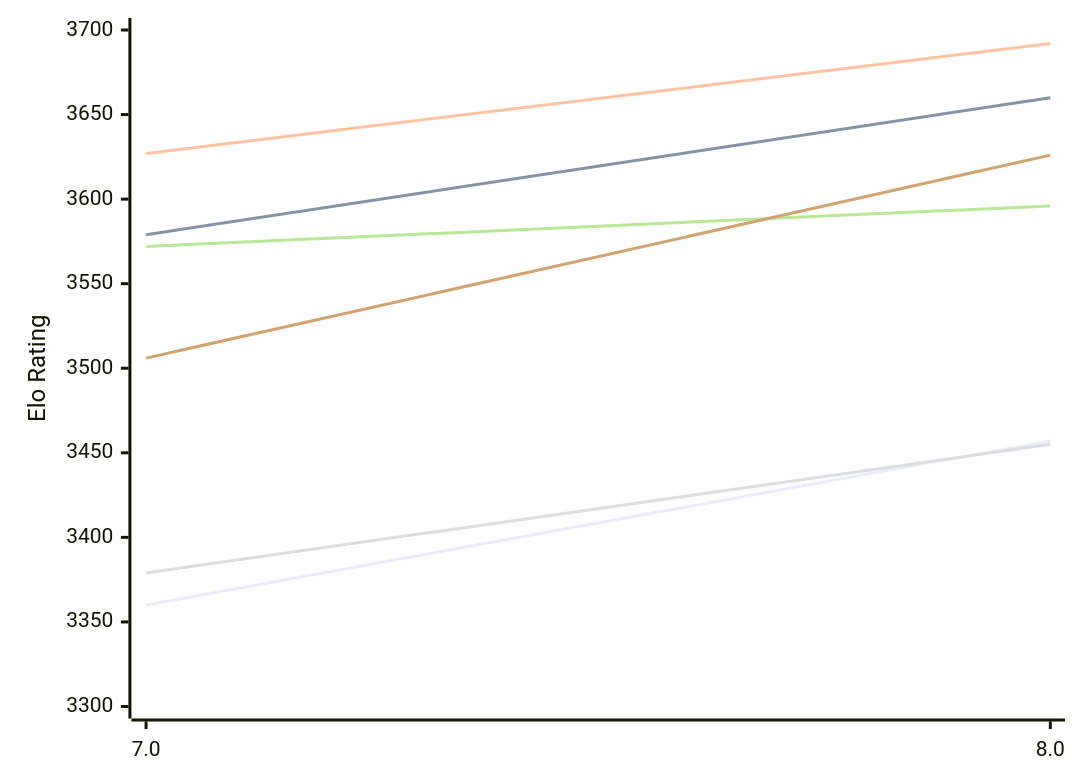
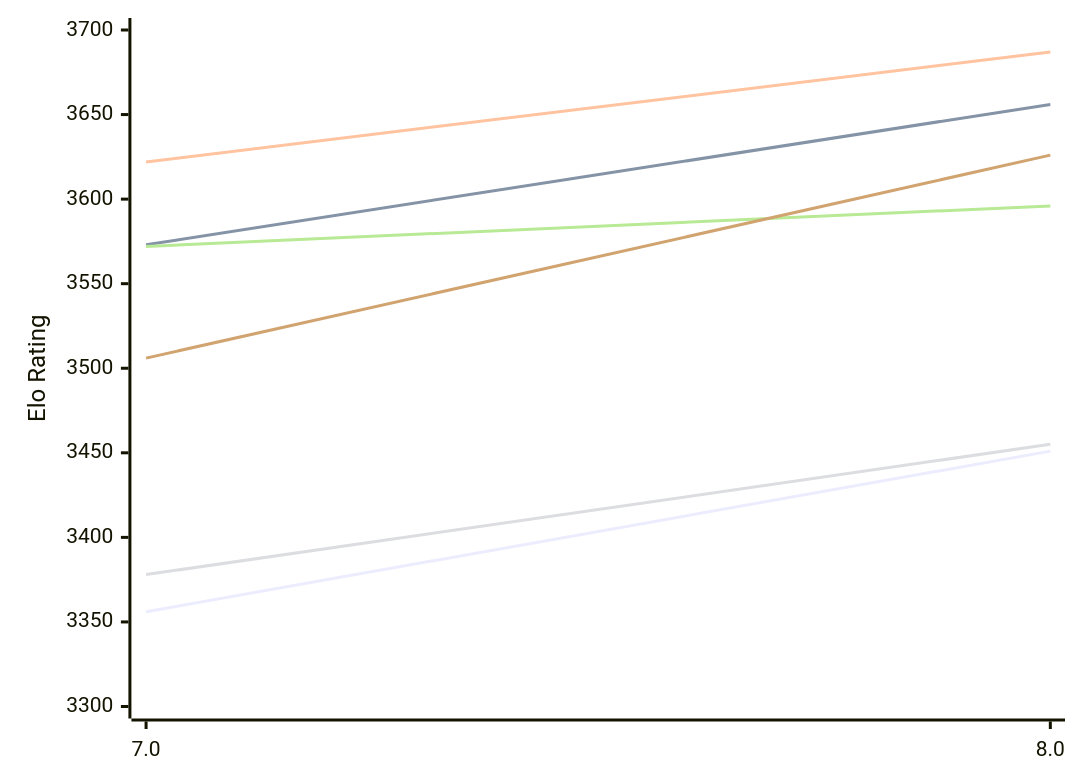
Before and after one commit to computer-chess-index/cci: the first of 2 diagrams in engines/Integral.md, drawn with Mermaid. The commit also changed other lines of this file, not shown here.

Commit message:
Update CCI Ratings (ELO VLTC) - 2026-11-26

````diff
--- a/engines/Integral.md
+++ b/engines/Integral.md
@@ -50,12 +50,12 @@
 ```mermaid
 %%{init: {"theme":"base","themeVariables":{"seriesColors:['#a3a3a3','#222221','#faa371']}}}%%
 xychart-beta
   x-axis ["7.0", "8.0"]
   y-axis "Elo Rating" 3300 --> 3700
-  line "E1: STC (8.0+0.08s)" [3360, 3457]
-  line "E1: LTC (60.0+0.60s)" [3579, 3660]
-  line "E1: VLTC (2m24s+1.12s)" [3627, 3692]
-  line "P1: STC (8.0+0.08s)" [3379, 3455]
+  line "E1: STC (8.0+0.08s)" [3356, 3451]
+  line "E1: LTC (60.0+0.60s)" [3573, 3656]
+  line "E1: VLTC (2m24s+1.12s)" [3622, 3687]
+  line "P1: STC (8.0+0.08s)" [3378, 3455]
   line "P1: LTC (60.0+0.60s)" [3572, 3596]
   line "P1: VLTC (2m24s+1.12s)" [3506, 3626]
 ```
````
